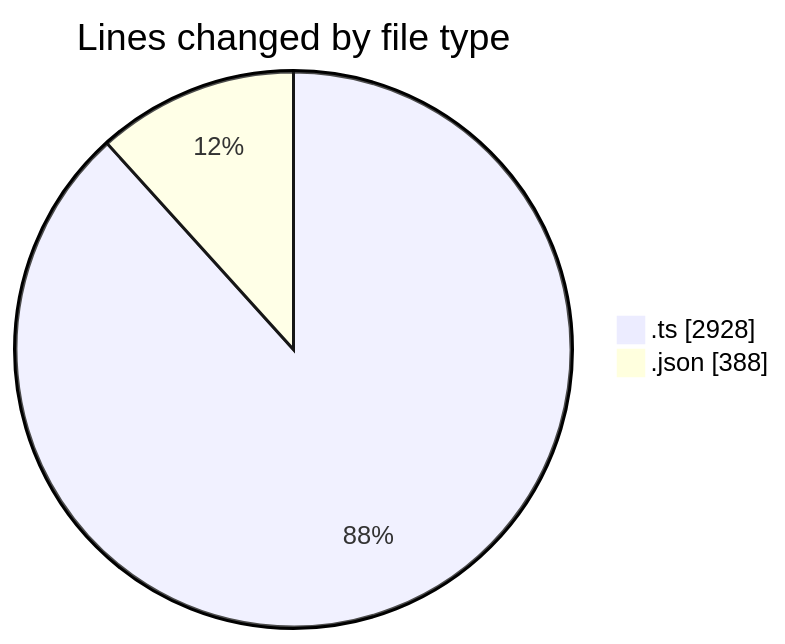
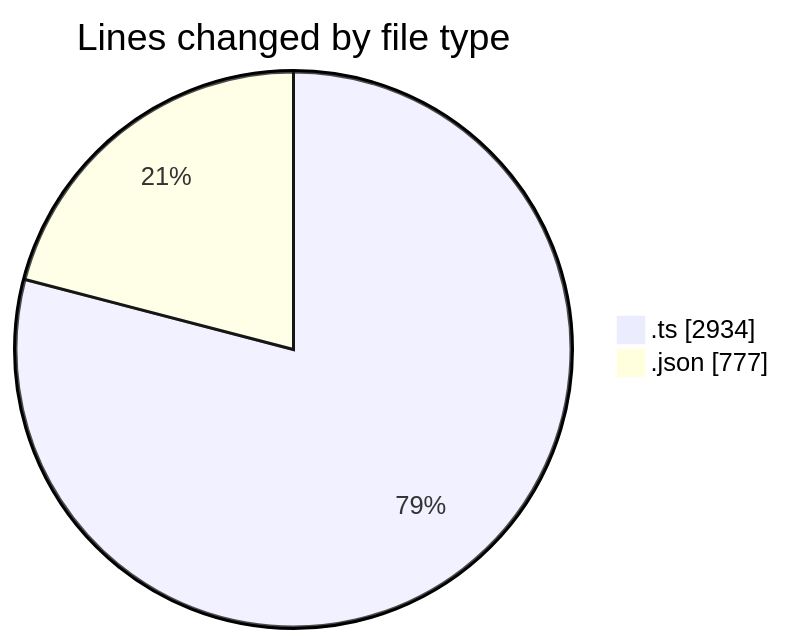
The first of 2 diagrams in 2025-04-30/masm-lsp/README.md (charlie-sans/code-tracking), drawn with Mermaid before and after one commit. The commit also changed other lines of this file and 1 other file, not shown here.

````diff
--- a/2025-04-30/masm-lsp/README.md
+++ b/2025-04-30/masm-lsp/README.md
@@ -22,6 +22,6 @@
 ```mermaid
 pie showData
 title Lines changed by file type
-".ts" : 2928
-".json" : 388
+".ts" : 2934
+".json" : 777
 ```
````
